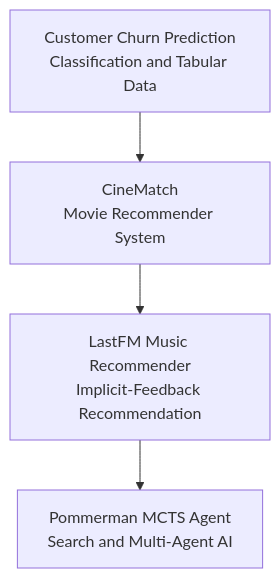
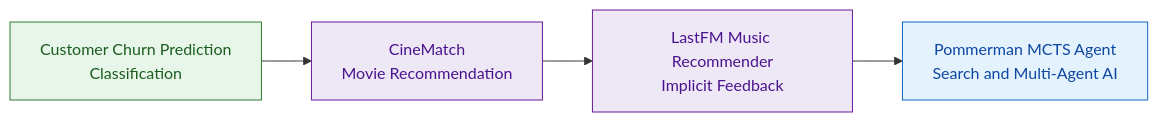
One commit to saba-zia/saba-zia changed the diagram in README.md. Above: the diagram before and after it, drawn with Mermaid. The commit also changed other lines of this file, not shown here.

````diff
--- a/README.md
+++ b/README.md
@@ -9,12 +3,20 @@
 ```mermaid
-flowchart TD
+flowchart LR
 
-    A[Customer Churn Prediction<br/>Classification and Tabular Data]
-    B[CineMatch<br/>Movie Recommender System]
-    C[LastFM Music Recommender<br/>Implicit-Feedback Recommendation]
+    A[Customer Churn Prediction<br/>Classification]
+    B[CineMatch<br/>Movie Recommendation]
+    C[LastFM Music Recommender<br/>Implicit Feedback]
     D[Pommerman MCTS Agent<br/>Search and Multi-Agent AI]
 
     A --> B
     B --> C
     C --> D
+
+    classDef classification fill:#e8f5e9,stroke:#2e7d32,color:#1b5e20;
+    classDef recommender fill:#ede7f6,stroke:#6a1b9a,color:#4a148c;
+    classDef search fill:#e3f2fd,stroke:#1565c0,color:#0d47a1;
+
+    class A classification;
+    class B,C recommender;
+    class D search;
 ```
````
